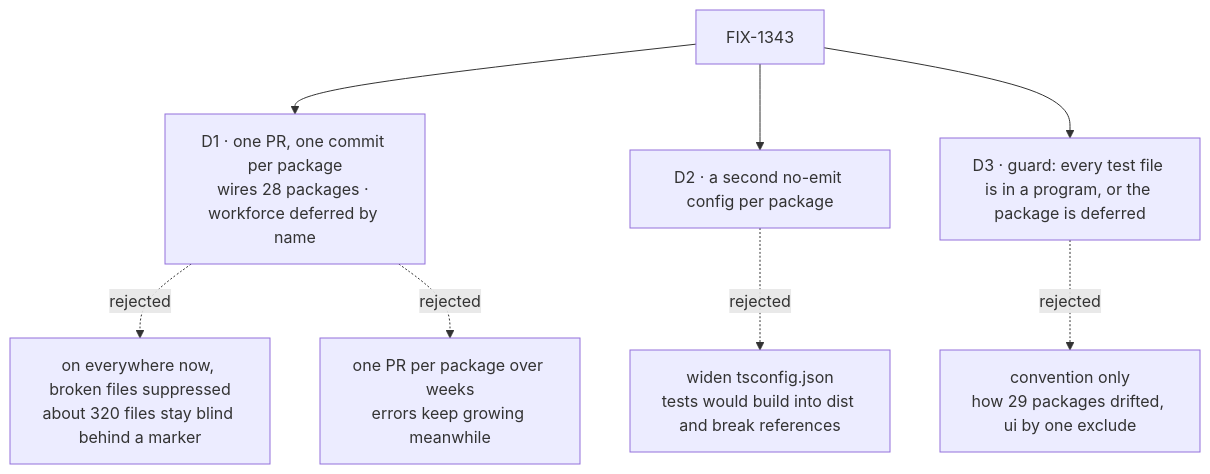
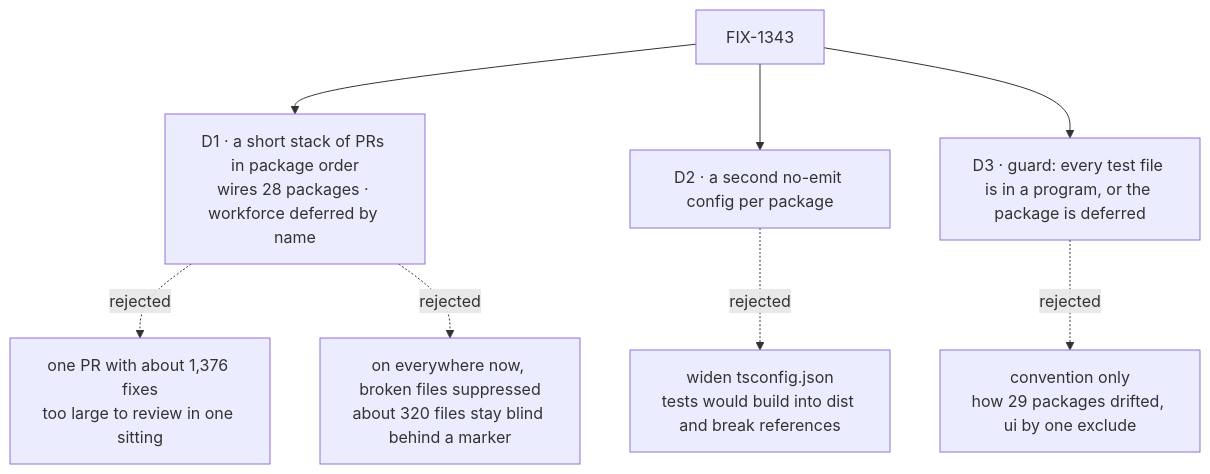
One commit to fixpoint-labs/flow-state-dev changed the diagram in specs/issues/FIX-1343/DECISIONS.md. Above: the diagram before and after it, drawn with Mermaid. The commit also changed other lines of this file and 2 other files, not shown here.

First line of the commit message:
spec(FIX-1343): stack by default, stale-deferral guard, code links

````diff
--- a/specs/issues/FIX-1343/DECISIONS.md
+++ b/specs/issues/FIX-1343/DECISIONS.md
@@ -9,10 +9,10 @@
 ```mermaid
 flowchart TD
-  I["FIX-1343"] --> D1["D1 · one PR, one commit per package<br/>wires 28 packages · workforce deferred by name"]
-  D1 -.->|"rejected"| X1["on everywhere now, broken files suppressed<br/>about 320 files stay blind behind a marker"]
-  D1 -.->|"rejected"| X1b["one PR per package over weeks<br/>errors keep growing meanwhile"]
+  I["FIX-1343"] --> D1["D1 · a short stack of PRs in package order<br/>wires 28 packages · workforce deferred by name"]
+  D1 -.->|"rejected"| X1["one PR with about 1,376 fixes<br/>too large to review in one sitting"]
+  D1 -.->|"rejected"| X1b["on everywhere now, broken files suppressed<br/>about 320 files stay blind behind a marker"]
   I --> D2["D2 · a second no-emit config per package"]
   D2 -.->|"rejected"| X2["widen tsconfig.json<br/>tests would build into dist and break references"]
   I --> D3["D3 · guard: every test file is in a program, or the package is deferred"]
   D3 -.->|"rejected"| X3["convention only<br/>how 29 packages drifted, ui by one exclude"]
 ```
````
